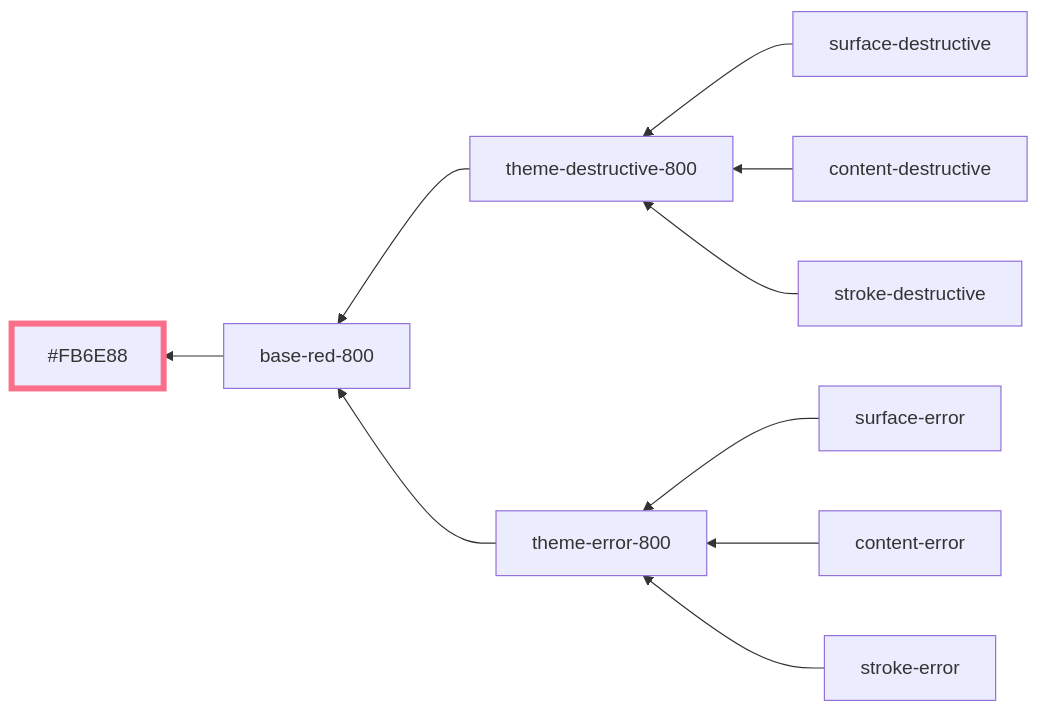
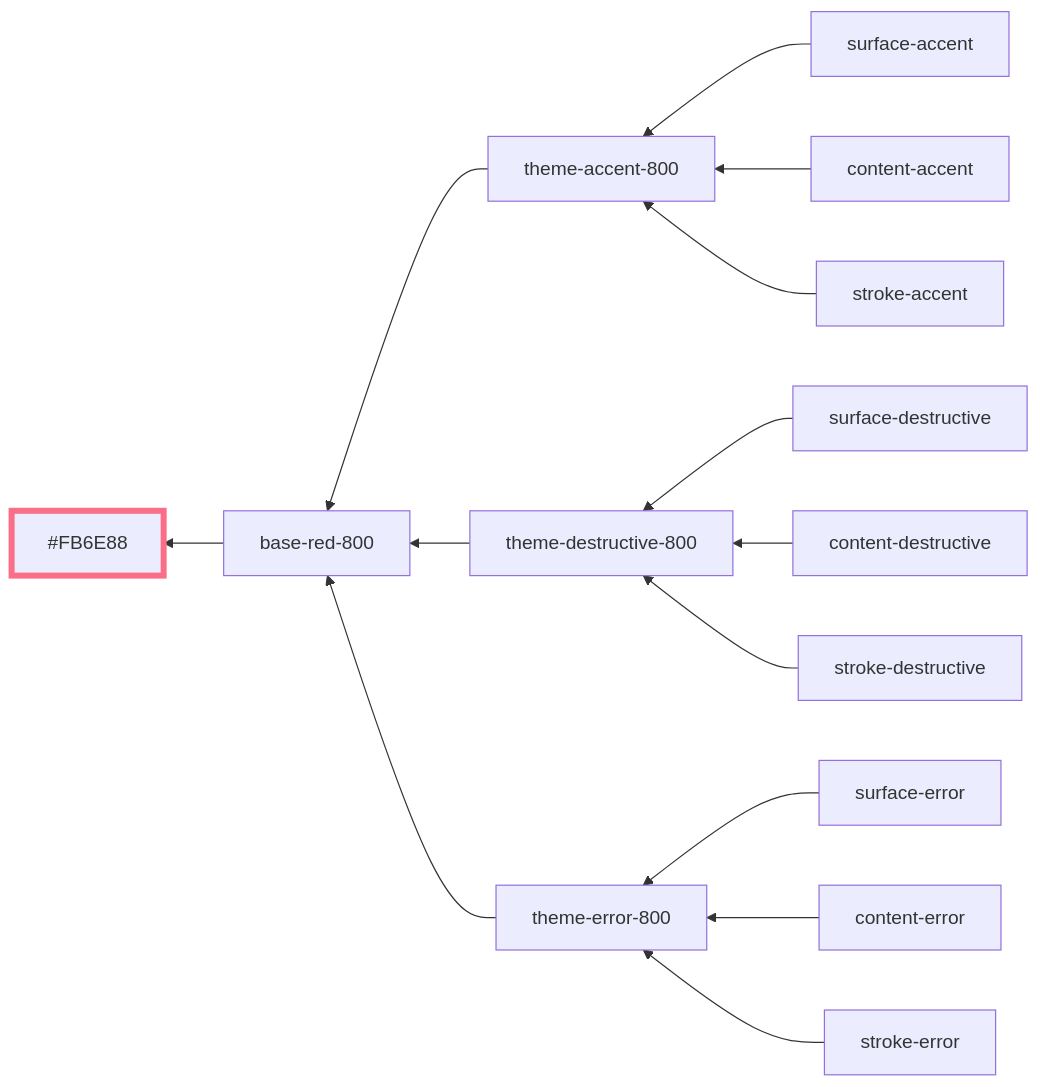
Before and after one commit to oxidecomputer/design-system: diagram 24 of 51 in styles/dist/red.md, drawn with Mermaid. The commit also changed other lines of this file and 2 other files, not shown here.

Commit message:
Fix red theme

````diff
--- a/styles/dist/red.md
+++ b/styles/dist/red.md
@@ -313,14 +309,18 @@
 ```mermaid
 graph RL
   base-red-800 --> #FB6E88:::base-red-800
+  surface-accent --> theme-accent-800
   surface-destructive --> theme-destructive-800
   surface-error --> theme-error-800
+  content-accent --> theme-accent-800
   content-destructive --> theme-destructive-800
   content-error --> theme-error-800
+  stroke-accent --> theme-accent-800
   stroke-destructive --> theme-destructive-800
   stroke-error --> theme-error-800
+  theme-accent-800 --> base-red-800
   theme-destructive-800 --> base-red-800
   theme-error-800 --> base-red-800
 
 	classDef base-red-800 stroke-width:5,stroke:#FB6E88
 ```
````
